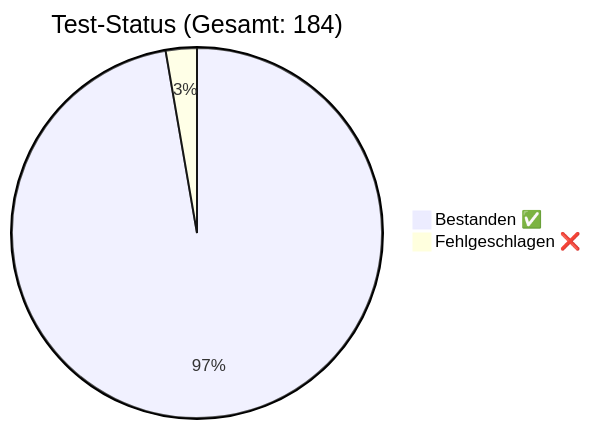
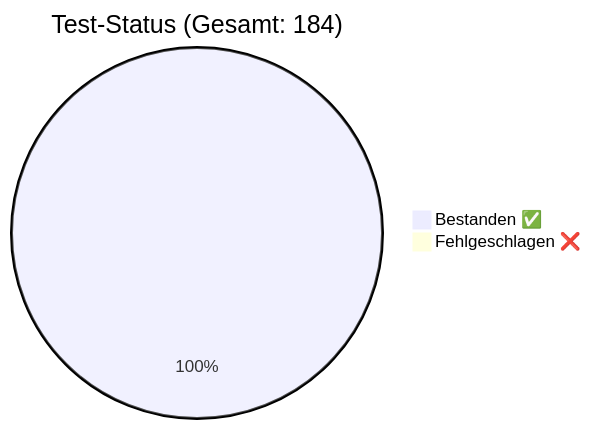
One commit to rorila/GCS changed the diagram in docs/QA_Report.md. Above: the diagram before and after it, drawn with Mermaid. The commit also changed other lines of this file and 24 other files, not shown here.

````diff
--- a/docs/QA_Report.md
+++ b/docs/QA_Report.md
@@ -7,5 +7,5 @@
 ```mermaid
 pie title Test-Status (Gesamt: 184)
-    "Bestanden ✅" : 179
-    "Fehlgeschlagen ❌" : 5
+    "Bestanden ✅" : 184
+    "Fehlgeschlagen ❌" : 0
 ```
````
